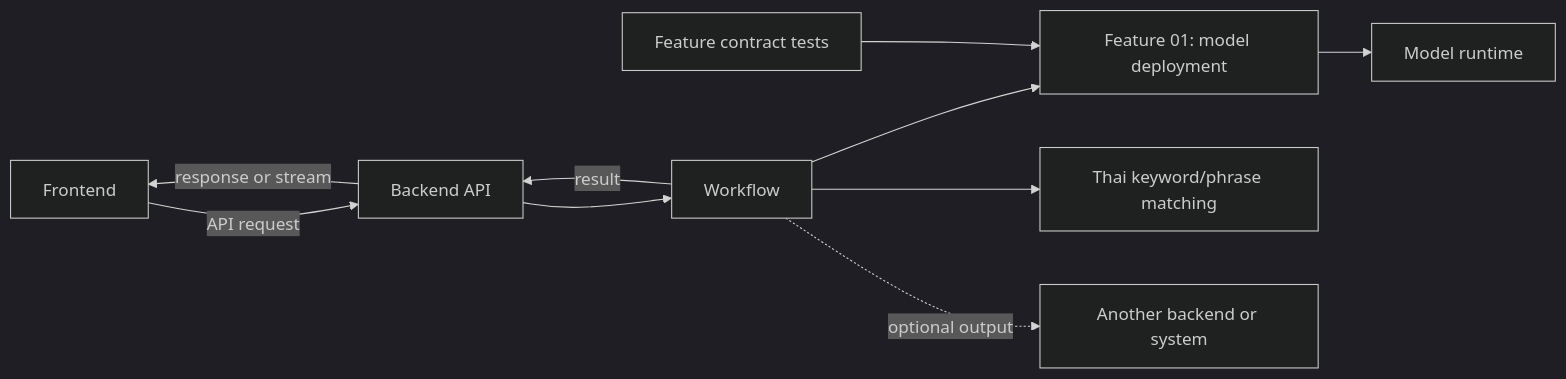
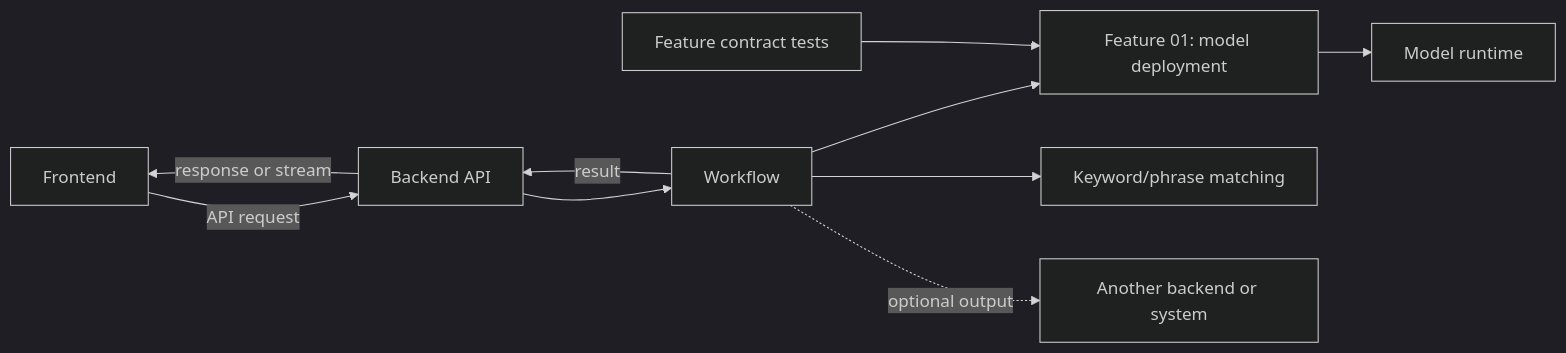
The diagram in docs/architecture.md (Faiisu/speech_to_text), drawn with Mermaid (dark theme) before and after one commit. The commit also changed other lines of this file and 31 other files, not shown here.

````diff
--- a/docs/architecture.md
+++ b/docs/architecture.md
@@ -13,12 +13,12 @@
 ```mermaid
 flowchart LR
     Frontend -->|API request| Backend[Backend API]
     Backend --> Workflow[Workflow]
     Workflow --> F01[Feature 01: model deployment]
     F01 --> Runtime[Model runtime]
-    Workflow --> WordMatching[Thai keyword/phrase matching]
+    Workflow --> WordMatching[Keyword/phrase matching]
     Workflow -->|result| Backend
     Backend -->|response or stream| Frontend
     Workflow -. optional output .-> Destination[Another backend or system]
     Tests[Feature contract tests] --> F01
 ```
````
